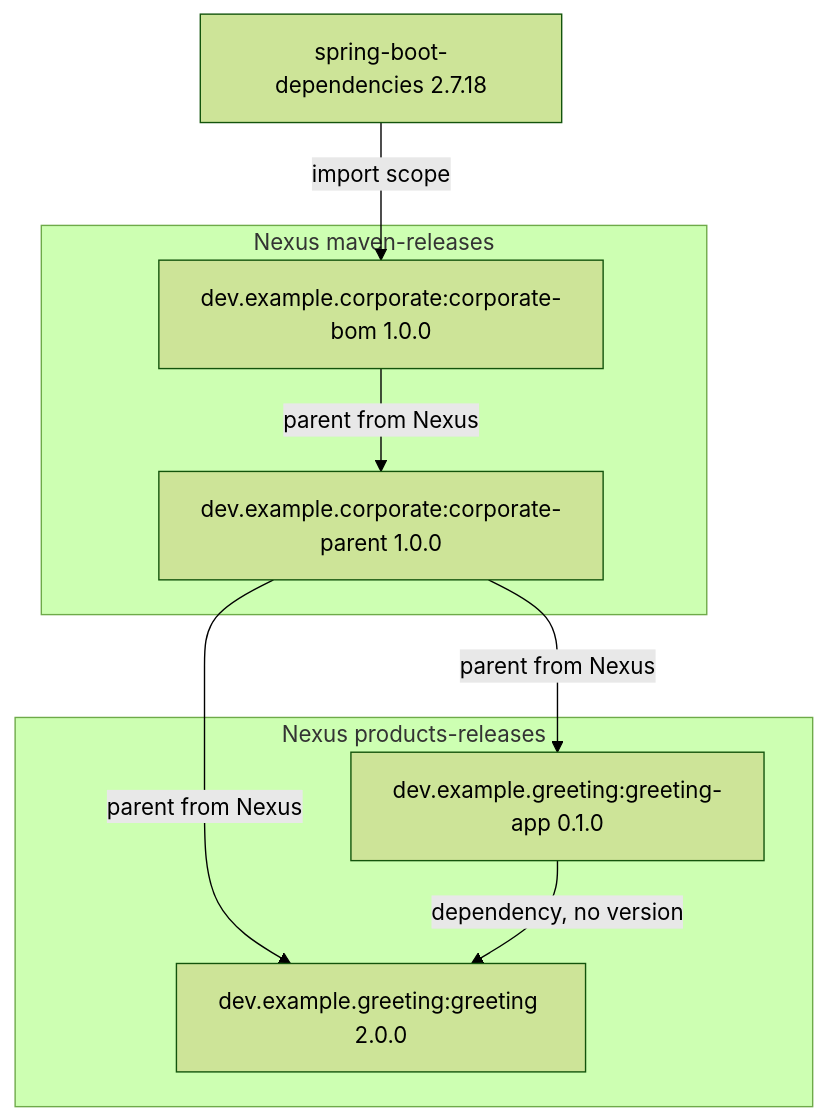
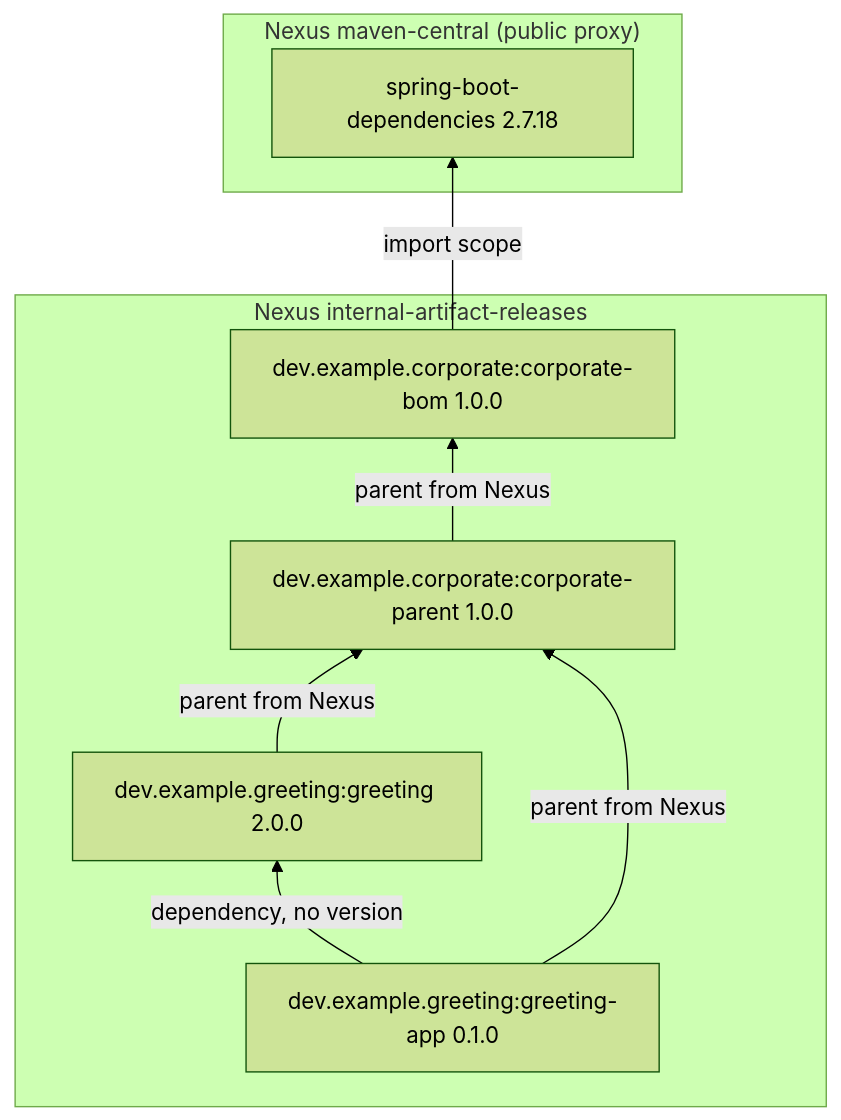
The first of 9 diagrams in README.md (IAAA-Lab/maven-corporate-pom), drawn with Mermaid (forest theme) before and after one commit. The commit also changed other lines of this file and 10 other files, not shown here.

Commit message:
Publish company artifacts to one internal repo and keep Central public.

````diff
--- a/README.md
+++ b/README.md
@@ -108,18 +113,18 @@
 ```mermaid
-flowchart TD
-    bootBom["spring-boot-dependencies 2.7.18"]
-    subgraph releases["Nexus maven-releases"]
+flowchart BT
+    subgraph external["Nexus maven-central (public proxy)"]
+        bootBom["spring-boot-dependencies 2.7.18"]
+    end
+    subgraph internal["Nexus internal-artifact-releases"]
         bom["dev.example.corporate:corporate-bom 1.0.0"]
         parent["dev.example.corporate:corporate-parent 1.0.0"]
-    end
-    subgraph products["Nexus products-releases"]
         library["dev.example.greeting:greeting 2.0.0"]
         app["dev.example.greeting:greeting-app 0.1.0"]
     end
 
-    bootBom -->|"import scope"| bom
-    bom -->|"parent from Nexus"| parent
-    parent -->|"parent from Nexus"| library
-    parent -->|"parent from Nexus"| app
+    bom -->|"import scope"| bootBom
+    parent -->|"parent from Nexus"| bom
+    library -->|"parent from Nexus"| parent
+    app -->|"parent from Nexus"| parent
     app -->|"dependency, no version"| library
 ```
````
